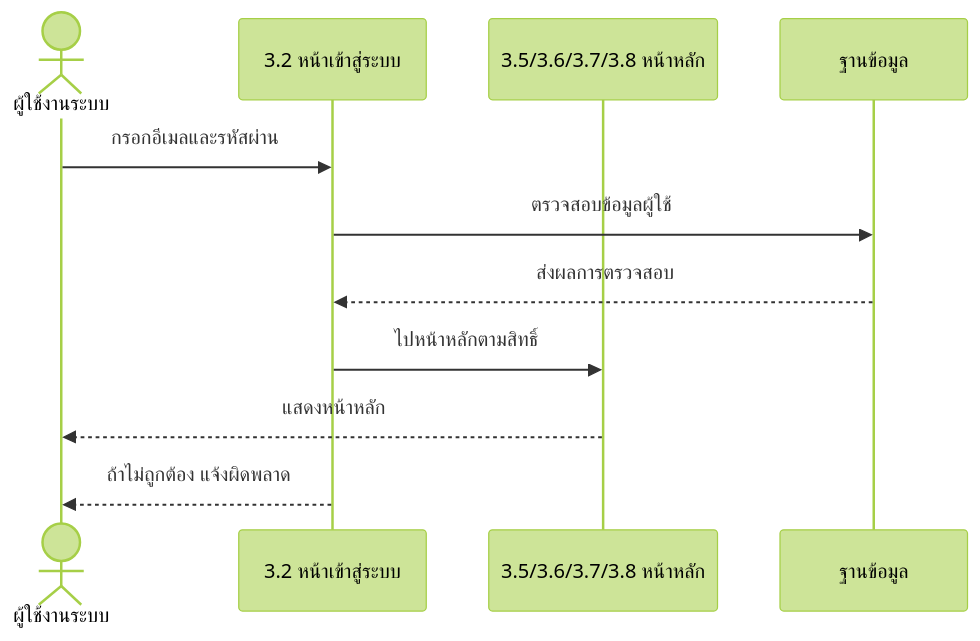
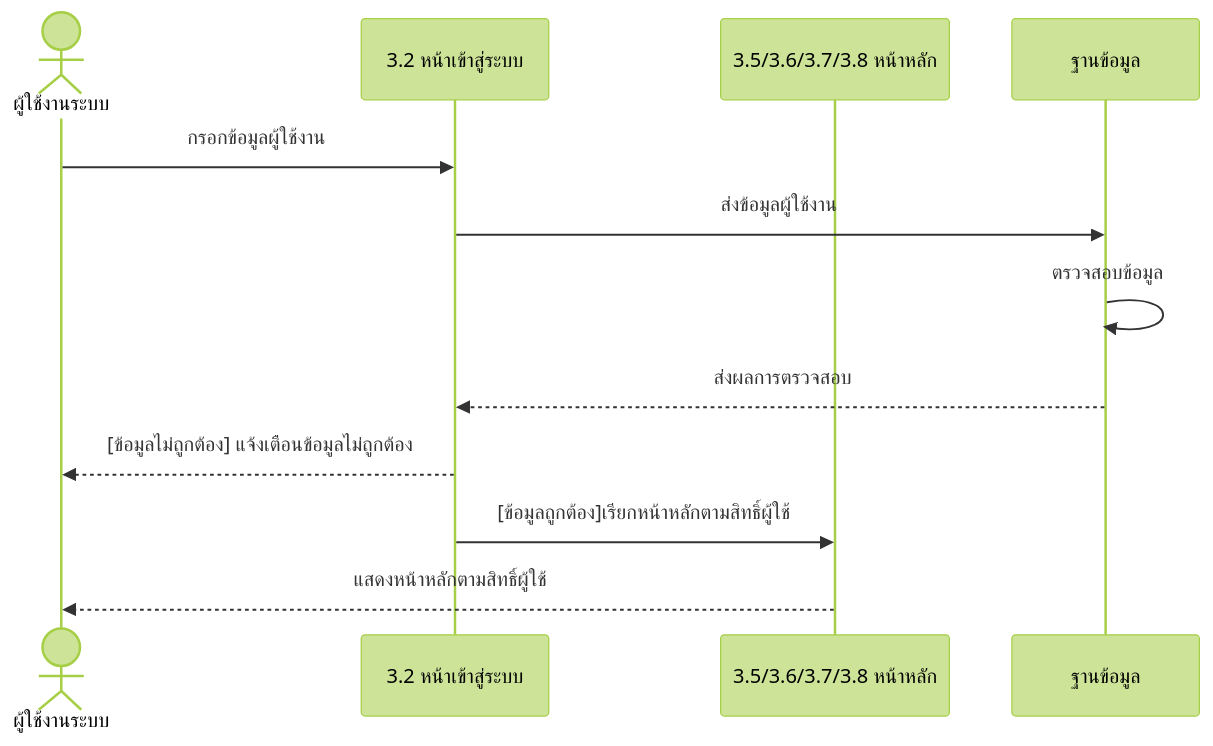
One commit to nonkanisorn/helpdesk-systemv2 changed the first of 20 diagrams in sequence-diagrams.md. Above: the diagram before and after it, drawn with Mermaid (forest theme). The commit also changed other lines of this file and 132 other files, not shown here.

````diff
--- a/sequence-diagrams.md
+++ b/sequence-diagrams.md
@@ -5,13 +5,14 @@
 ```mermaid
 sequenceDiagram
     actor Aactor as ผู้ใช้งานระบบ
     participant Login as 3.2 หน้าเข้าสู่ระบบ
     participant Home as 3.5/3.6/3.7/3.8 หน้าหลัก
     participant DB as ฐานข้อมูล
-    Aactor->>Login: กรอกอีเมลและรหัสผ่าน
-    Login->>DB: ตรวจสอบข้อมูลผู้ใช้
+    Aactor->>Login: กรอกข้อมูลผู้ใช้งาน
+    Login->>DB: ส่งข้อมูลผู้ใช้งาน
+    DB->>DB: ตรวจสอบข้อมูล
     DB-->>Login: ส่งผลการตรวจสอบ
-    Login->>Home: ไปหน้าหลักตามสิทธิ์
-    Home-->>Aactor: แสดงหน้าหลัก
-    Login-->>Aactor: ถ้าไม่ถูกต้อง แจ้งผิดพลาด
+    Login-->>Aactor: [ข้อมูลไม่ถูกต้อง] แจ้งเตือนข้อมูลไม่ถูกต้อง
+    Login->>Home: [ข้อมูลถูกต้อง]เรียกหน้าหลักตามสิทธิ์ผู้ใช้
+    Home-->>Aactor: แสดงหน้าหลักตามสิทธิ์ผู้ใช้
 ```
````
